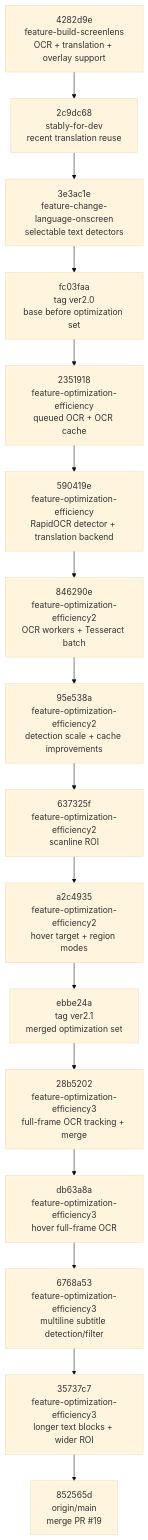
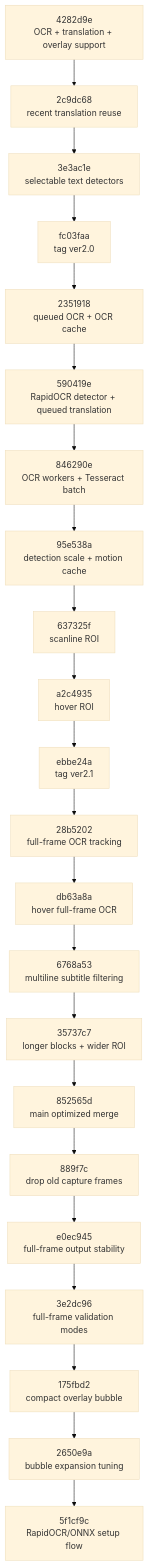
Before and after one commit to BU-Pacharapol-Ardsang/ScreenLens-Detection: the ninth of 9 diagrams in PIPELINE_MERMAID.md, drawn with Mermaid (base theme). The commit also changed other lines of this file and 4 other files, not shown here.

````diff
--- a/PIPELINE_MERMAID.md
+++ b/PIPELINE_MERMAID.md
@@ -333,20 +319,26 @@
 ```mermaid
 flowchart TD
-    A["4282d9e<br/>feature-build-screenlens<br/>OCR + translation + overlay support"] --> B["2c9dc68<br/>stably-for-dev<br/>recent translation reuse"]
-    B --> C["3e3ac1e<br/>feature-change-language-onscreen<br/>selectable text detectors"]
-    C --> D["fc03faa<br/>tag ver2.0<br/>base before optimization set"]
+    A["4282d9e<br/>OCR + translation + overlay support"] --> B["2c9dc68<br/>recent translation reuse"]
+    B --> C["3e3ac1e<br/>selectable text detectors"]
+    C --> D["fc03faa<br/>tag ver2.0"]
 
-    D --> E["2351918<br/>feature-optimization-efficiency<br/>queued OCR + OCR cache"]
-    E --> F["590419e<br/>feature-optimization-efficiency<br/>RapidOCR detector + translation backend"]
-    F --> G["846290e<br/>feature-optimization-efficiency2<br/>OCR workers + Tesseract batch"]
-    G --> H["95e538a<br/>feature-optimization-efficiency2<br/>detection scale + cache improvements"]
-    H --> I["637325f<br/>feature-optimization-efficiency2<br/>scanline ROI"]
-    I --> J["a2c4935<br/>feature-optimization-efficiency2<br/>hover target + region modes"]
-    J --> K["ebbe24a<br/>tag ver2.1<br/>merged optimization set"]
+    D --> E["2351918<br/>queued OCR + OCR cache"]
+    E --> F["590419e<br/>RapidOCR detector + queued translation"]
+    F --> G["846290e<br/>OCR workers + Tesseract batch"]
+    G --> H["95e538a<br/>detection scale + motion cache"]
+    H --> I["637325f<br/>scanline ROI"]
+    I --> J["a2c4935<br/>hover ROI"]
+    J --> K["ebbe24a<br/>tag ver2.1"]
 
-    K --> L["28b5202<br/>feature-optimization-efficiency3<br/>full-frame OCR tracking + merge"]
-    L --> M["db63a8a<br/>feature-optimization-efficiency3<br/>hover full-frame OCR"]
-    M --> N["6768a53<br/>feature-optimization-efficiency3<br/>multiline subtitle detection/filter"]
-    N --> O["35737c7<br/>feature-optimization-efficiency3<br/>longer text blocks + wider ROI"]
-    O --> P["852565d<br/>origin/main<br/>merge PR #19"]
+    K --> L["28b5202<br/>full-frame OCR tracking"]
+    L --> M["db63a8a<br/>hover full-frame OCR"]
+    M --> N["6768a53<br/>multiline subtitle filtering"]
+    N --> O["35737c7<br/>longer blocks + wider ROI"]
+    O --> P["852565d<br/>main optimized merge"]
+    P --> Q["889f7c<br/>drop old capture frames"]
+    Q --> R["e0ec945<br/>full-frame output stability"]
+    R --> S["3e2dc96<br/>full-frame validation modes"]
+    S --> T["175fbd2<br/>compact overlay bubble"]
+    T --> U["2650e9a<br/>bubble expansion tuning"]
+    U --> V["5f1cf9c<br/>RapidOCR/ONNX setup flow"]
 ```
````
